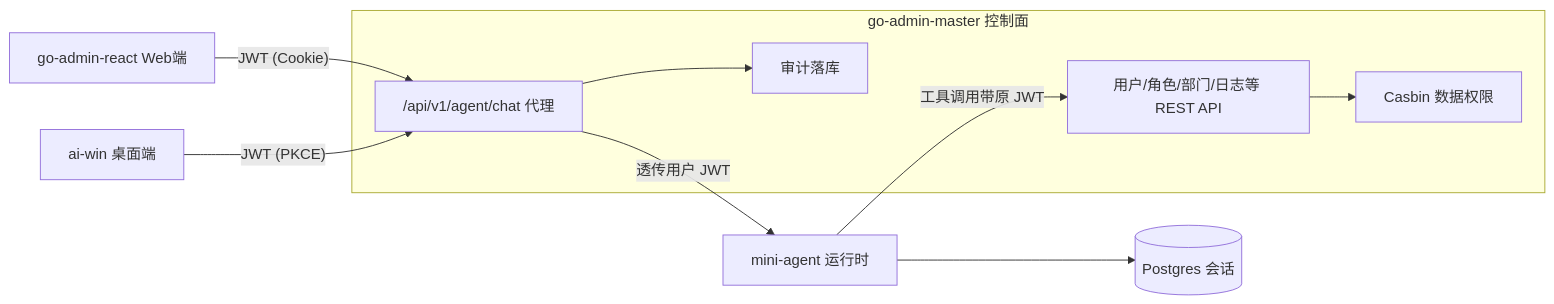
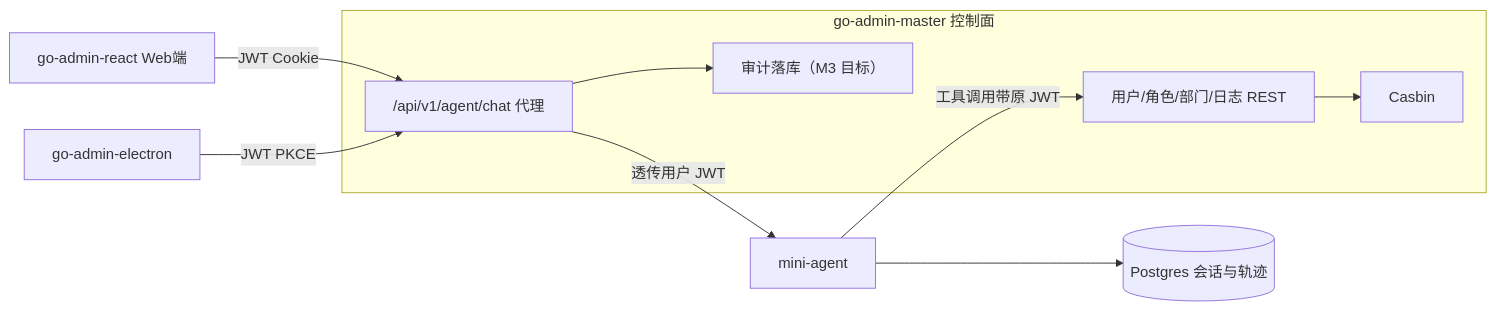
The diagram in documents/系统总体规划.md (Coder-HN/mini-agent), drawn with Mermaid before and after one commit. The commit also changed other lines of this file and 69 other files, not shown here.

````diff
--- a/documents/系统总体规划.md
+++ b/documents/系统总体规划.md
@@ -23,12 +51,12 @@
 ```mermaid
 flowchart LR
-    webUI[go-admin-react Web端] -->|"JWT (Cookie)"| gateway
-    desktop[ai-win 桌面端] -->|"JWT (PKCE)"| gateway
+    webUI[go-admin-react Web端] -->|"JWT Cookie"| gateway
+    desktop[go-admin-electron] -->|"JWT PKCE"| gateway
     subgraph backend [go-admin-master 控制面]
-        gateway["/api/v1/agent/chat 代理"] --> audit[审计落库]
-        apis[用户/角色/部门/日志等 REST API] --> casbin[Casbin 数据权限]
+        gateway["/api/v1/agent/chat 代理"] --> audit["审计落库（M3 目标）"]
+        apis[用户/角色/部门/日志 REST] --> casbin[Casbin]
     end
-    gateway -->|透传用户 JWT| agent[mini-agent 运行时]
+    gateway -->|透传用户 JWT| agent[mini-agent]
     agent -->|工具调用带原 JWT| apis
-    agent --> store[(Postgres 会话)]
+    agent --> store[(Postgres 会话与轨迹)]
 ```
````
